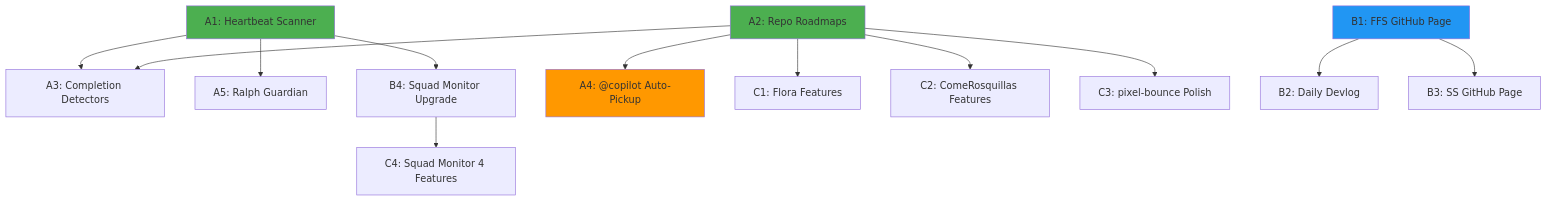
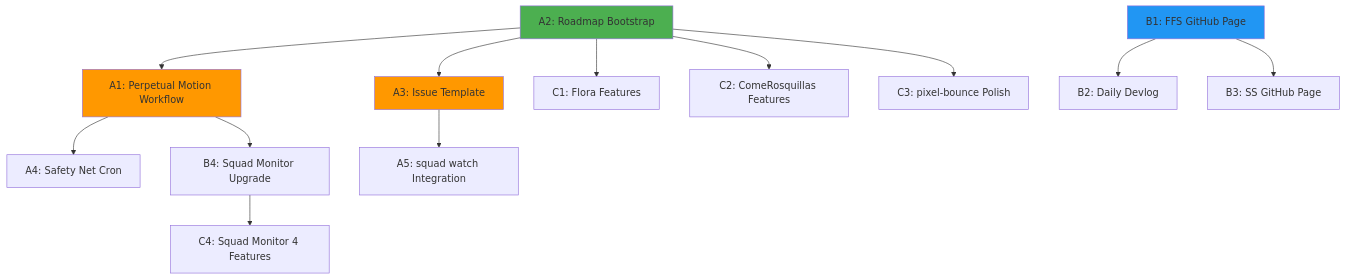
Before and after one commit to jperezdelreal/Syntax-Sorcery: the diagram in docs/plan-phase2-visibility.md, drawn with Mermaid. The commit also changed other lines of this file and 3 other files, not shown here.

````diff
--- a/docs/plan-phase2-visibility.md
+++ b/docs/plan-phase2-visibility.md
@@ -422,22 +505,23 @@
 ```mermaid
 graph TD
-    A1[A1: Heartbeat Scanner] --> A3[A3: Completion Detectors]
-    A1 --> A5[A5: Ralph Guardian]
+    A1[A1: Perpetual Motion Workflow] --> A4[A4: Safety Net Cron]
     A1 --> B4[B4: Squad Monitor Upgrade]
     
-    A2[A2: Repo Roadmaps] --> A3
-    A2 --> A4[A4: @copilot Auto-Pickup]
+    A2[A2: Roadmap Bootstrap] --> A1
+    A2 --> A3[A3: Issue Template]
     A2 --> C1[C1: Flora Features]
     A2 --> C2[C2: ComeRosquillas Features]
     A2 --> C3[C3: pixel-bounce Polish]
+    
+    A3 --> A5[A5: squad watch Integration]
     
     B1[B1: FFS GitHub Page] --> B2[B2: Daily Devlog]
     B1 --> B3[B3: SS GitHub Page]
     
     B4 --> C4[C4: Squad Monitor 4 Features]
     
-    style A1 fill:#4CAF50
+    style A1 fill:#FF9800
     style A2 fill:#4CAF50
     style B1 fill:#2196F3
-    style A4 fill:#FF9800
+    style A3 fill:#FF9800
 ```
````
